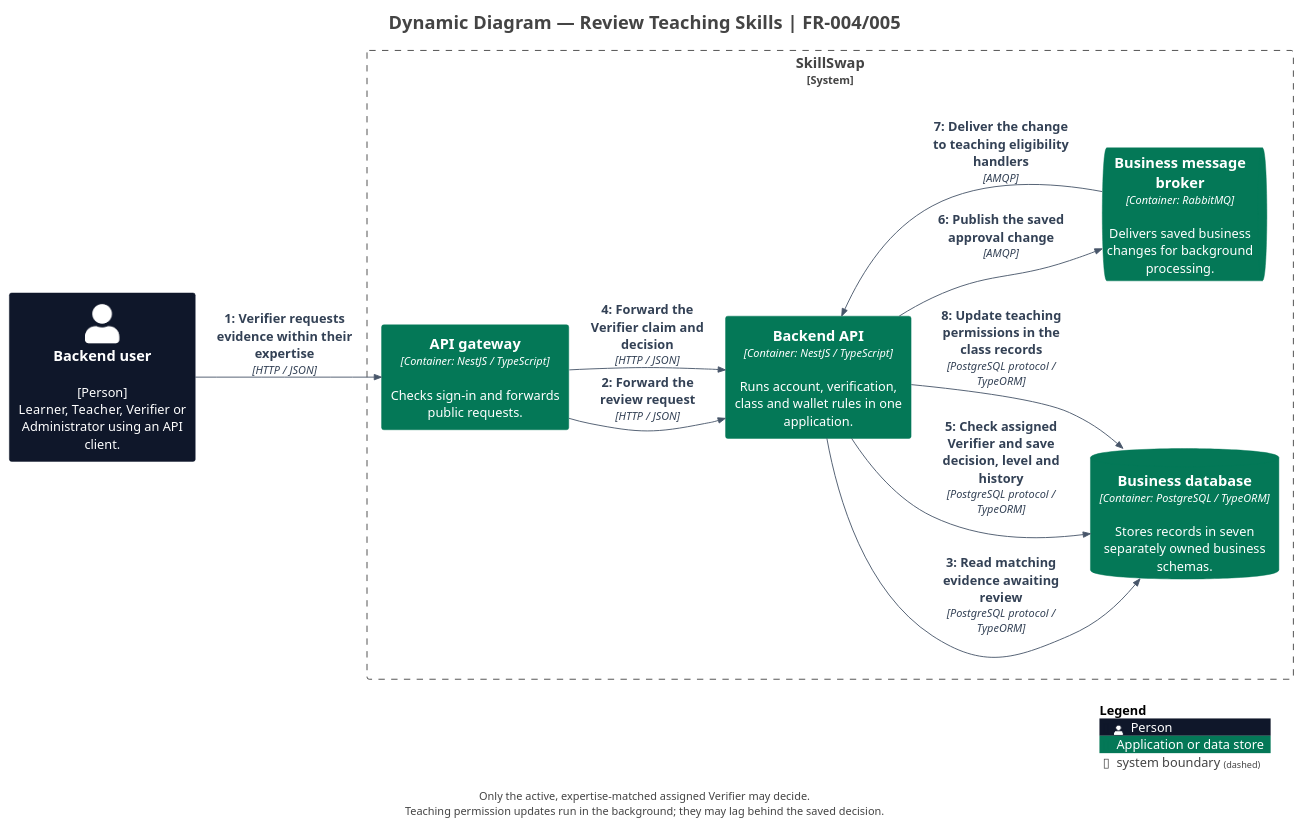
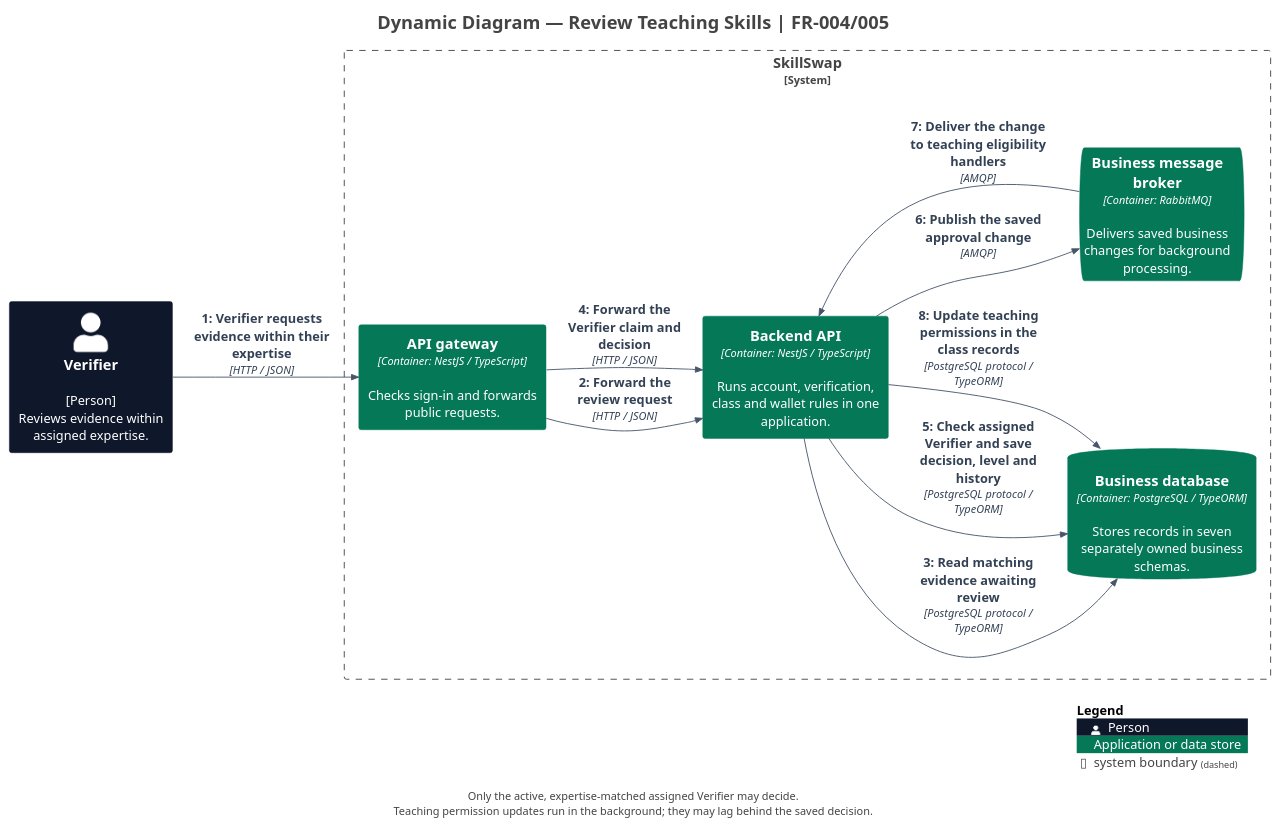
One commit to trankien022/SkillSwap changed the diagram in docs/diagrams/c4/source/structurizr-VerificationFlow.puml. Above: the diagram before and after it, drawn with PlantUML. The commit also changed 19 other files, not shown here.

First line of the commit message:
docs(diagrams): align C4 with account roles

```diff
--- a/docs/diagrams/c4/source/structurizr-VerificationFlow.puml
+++ b/docs/diagrams/c4/source/structurizr-VerificationFlow.puml
@@ -1,53 +1,53 @@
 @startuml
 title Dynamic Diagram — Review Teaching Skills | FR-004/005
 
 set separator none
 left to right direction
 
 <style>
   root {
     BackgroundColor: #ffffff
     FontColor: #444444
   }
 </style>
 
 !include <C4/C4>
 !include <C4/C4_Context>
 !include <C4/C4_Container>
 
 ' Presentation only: model elements and relationships come from workspace.dsl.
 skinparam defaultFontName Arial
 skinparam defaultFontSize 14
 skinparam shadowing false
 skinparam nodesep 35
 skinparam ranksep 45
 skinparam footerFontSize 12
 skinparam titleFontSize 20
 UpdateElementStyle("person", $bgColor="#0F172A", $fontColor="#FFFFFF", $borderColor="#0F172A", $legendText="Person")
 UpdateElementStyle("system", $bgColor="#047857", $fontColor="#FFFFFF", $borderColor="#047857", $legendText="Software system in scope")
 UpdateElementStyle("external_system", $bgColor="#64748B", $fontColor="#FFFFFF", $borderColor="#64748B", $legendText="Supporting software system")
 UpdateElementStyle("container", $bgColor="#047857", $fontColor="#FFFFFF", $borderColor="#047857", $legendText="Application or data store")
 UpdateRelStyle($lineColor="#475569", $textColor="#334155")
 AddElementTag("Demo", $bgColor="#F1F5F9", $fontColor="#0F172A", $borderColor="#64748B", $legendText="Demonstration client (local booking data)")
 
 System_Boundary("SkillSwap_boundary", "SkillSwap", $tags="") {
   Container(SkillSwap.APIgateway, "API gateway", $techn="Container: NestJS / TypeScript", $descr="Checks sign-in and forwards public requests.", $tags="", $link="")
   Container(SkillSwap.BackendAPI, "Backend API", $techn="Container: NestJS / TypeScript", $descr="Runs account, verification, class and wallet rules in one application.", $tags="", $link="")
   ContainerDb(SkillSwap.Businessdatabase, "Business database", $techn="Container: PostgreSQL / TypeORM", $descr="Stores records in seven separately owned business schemas.", $tags="", $link="")
   ContainerQueue(SkillSwap.Businessmessagebroker, "Business message broker", $techn="Container: RabbitMQ", $descr="Delivers saved business changes for background processing.", $tags="", $link="")
 }
 
-Person(Backenduser, "Backend user", $descr="[Person]\nLearner, Teacher, Verifier or Administrator using an API client.", $tags="", $link="")
+Person(Verifier, "Verifier", $descr="[Person]\nReviews evidence within assigned expertise.", $tags="", $link="")
 
-Rel(Backenduser, SkillSwap.APIgateway, "1: Verifier requests evidence within their expertise", $techn="HTTP / JSON", $tags="", $link="")
+Rel(Verifier, SkillSwap.APIgateway, "1: Verifier requests evidence within their expertise", $techn="HTTP / JSON", $tags="", $link="")
 Rel(SkillSwap.APIgateway, SkillSwap.BackendAPI, "2: Forward the review request", $techn="HTTP / JSON", $tags="", $link="")
 Rel(SkillSwap.BackendAPI, SkillSwap.Businessdatabase, "3: Read matching evidence awaiting review", $techn="PostgreSQL protocol / TypeORM", $tags="", $link="")
 Rel(SkillSwap.APIgateway, SkillSwap.BackendAPI, "4: Forward the Verifier claim and decision", $techn="HTTP / JSON", $tags="", $link="")
 Rel(SkillSwap.BackendAPI, SkillSwap.Businessdatabase, "5: Check assigned Verifier and save decision, level and history", $techn="PostgreSQL protocol / TypeORM", $tags="", $link="")
 Rel(SkillSwap.BackendAPI, SkillSwap.Businessmessagebroker, "6: Publish the saved approval change", $techn="AMQP", $tags="", $link="")
 Rel(SkillSwap.Businessmessagebroker, SkillSwap.BackendAPI, "7: Deliver the change to teaching eligibility handlers", $techn="AMQP", $tags="", $link="")
 Rel(SkillSwap.BackendAPI, SkillSwap.Businessdatabase, "8: Update teaching permissions in the class records", $techn="PostgreSQL protocol / TypeORM", $tags="", $link="")
 
 SHOW_LEGEND()
 footer Only the active, expertise-matched assigned Verifier may decide.\nTeaching permission updates run in the background; they may lag behind the saved decision.
 @enduml
```
